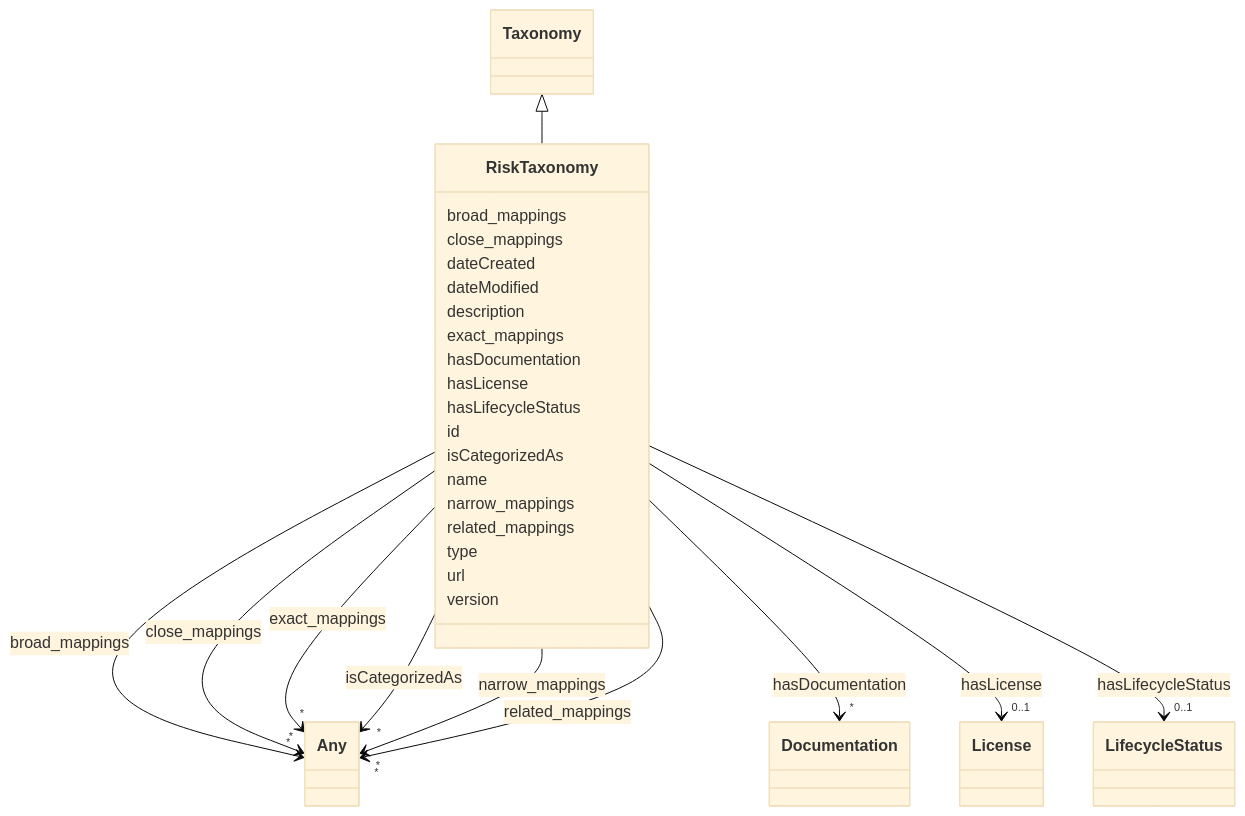
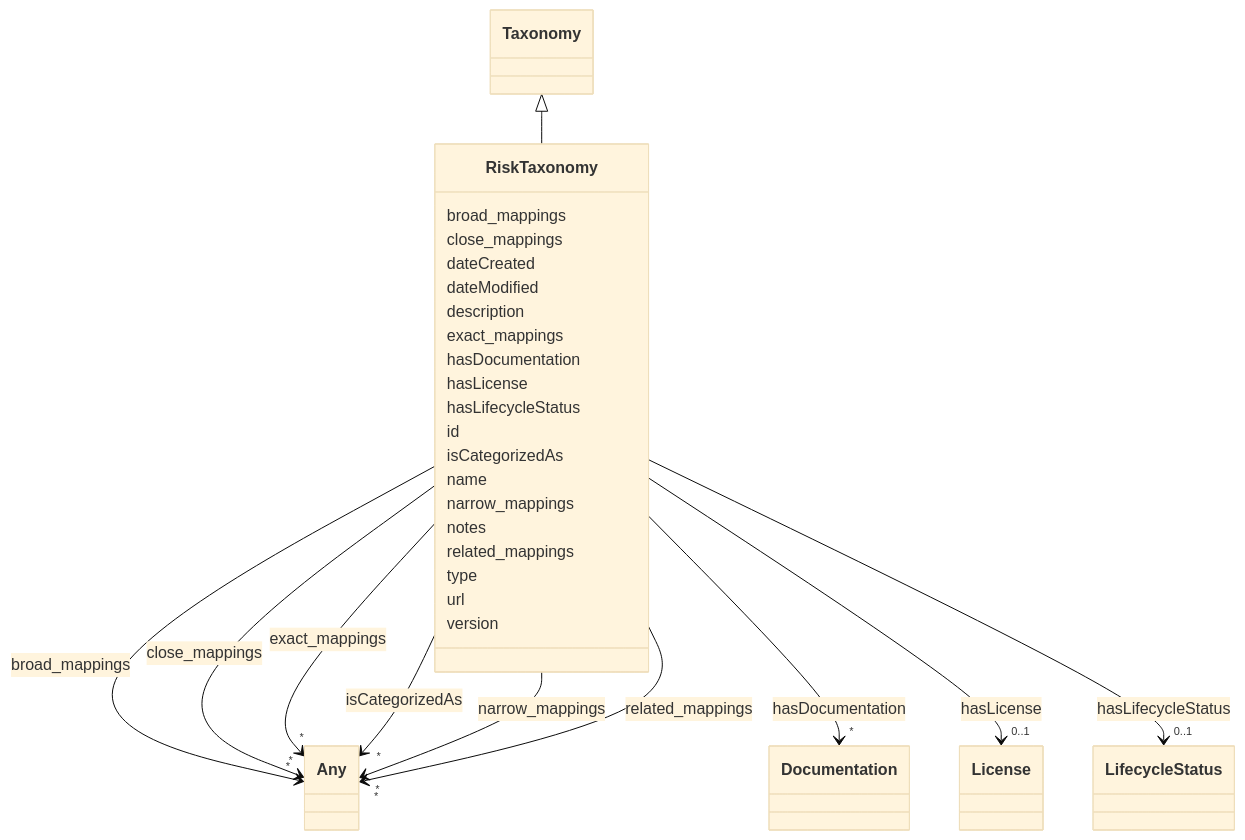
Before and after one commit to ingelise/risk-atlas-nexus: the diagram in docs/ontology/RiskTaxonomy.md, drawn with Mermaid (base theme). The commit also changed other lines of this file and 318 other files, not shown here.

```diff
--- a/docs/ontology/RiskTaxonomy.md
+++ b/docs/ontology/RiskTaxonomy.md
@@ -116,6 +116,8 @@
 
 
 
+      RiskTaxonomy : notes
+
       RiskTaxonomy : related_mappings
 
 
```
